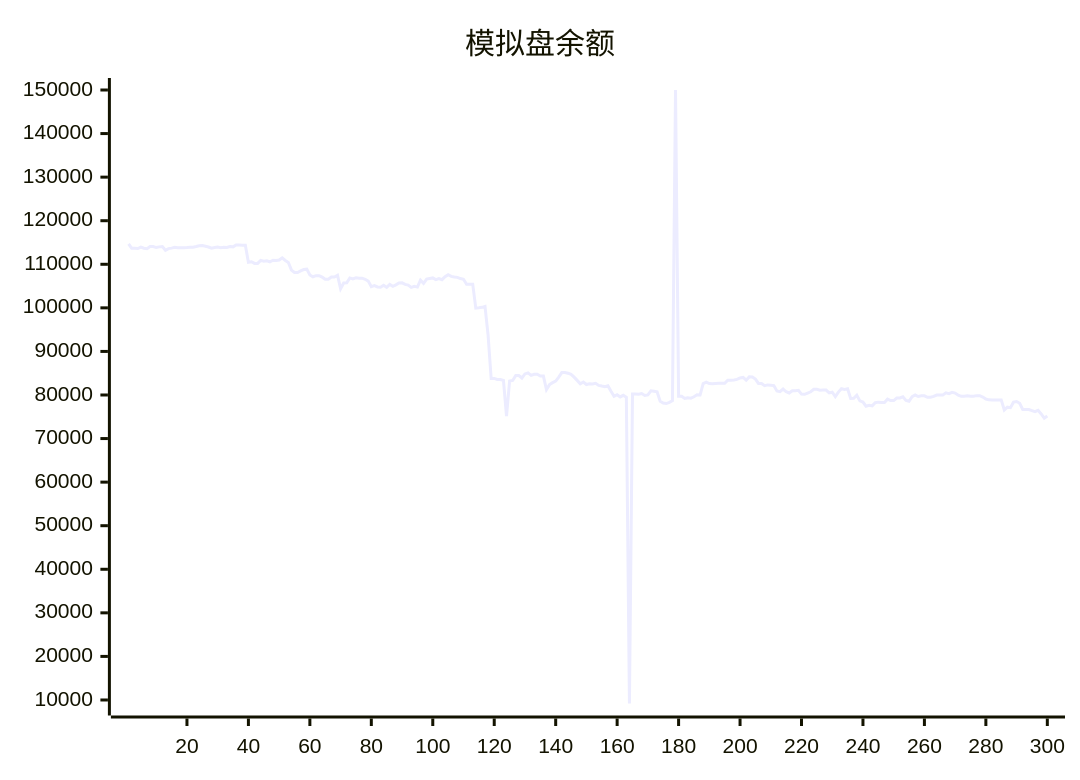
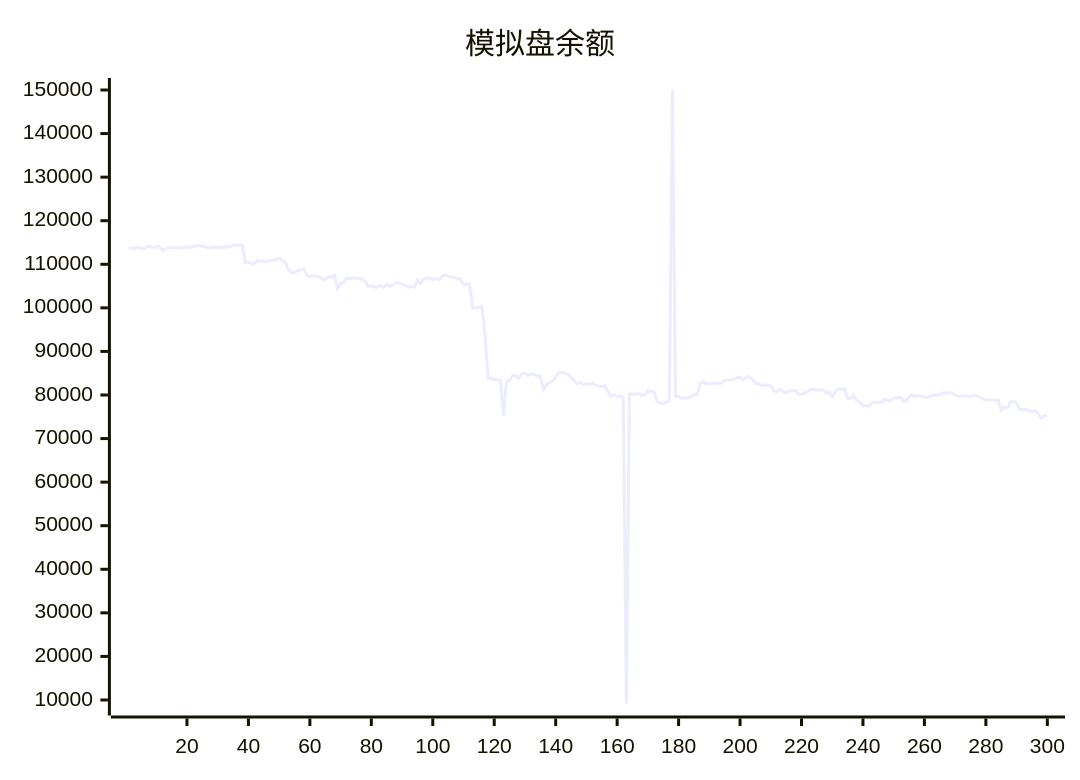
Before and after one commit to aahl/ai-trading: the diagram in README.md, drawn with Mermaid. The commit also changed other lines of this file and 1 other file, not shown here.

````diff
--- a/README.md
+++ b/README.md
@@ -5,5 +5,5 @@
 ```mermaid
 xychart
     title "模拟盘余额"
-    line [114686,113688,113688,113610,113930,113672,113585,114083,114074,113840,113996,114051,113208,113593,113701,113901,113794,113784,113810,113848,113927,113929,114064,114232,114293,114144,113960,113698,113853,113942,113812,113908,113877,114091,113998,114427,114422,114384,114384,110477,110576,110198,110198,110890,110712,110812,110569,110929,110847,110968,111478,110870,110433,108661,108116,108115,108485,108797,108877,107536,107134,107393,107393,107046,106565,106565,107081,107081,107478,104404,105715,105749,106866,106651,106889,106771,106816,106565,106141,104876,105103,104796,104734,105169,104690,105380,104941,105272,105709,105739,105374,105227,104691,104924,104762,106364,105628,106608,106748,106872,106485,106721,106468,107132,107620,107224,107080,107001,106717,106567,105431,105431,105440,99950,100017,100113,100337,93749,83795,83807,83567,83567,83342,75168,83222,83336,84448,84449,83896,84839,85065,84499,84757,84757,84364,84347,81254,82385,82835,83184,84099,85150,85150,85002,84751,84096,83356,82582,82983,82404,82572,82512,82688,82200,82047,81920,82125,80840,79688,80060,79552,79920,79470,9193,80236,80208,80170,80336,79894,80006,80954,80837,80712,78561,78139,78037,78293,78682,150000,79720,79720,79214,79372,79279,79591,80046,79993,82625,82950,82626,82571,82633,82670,82670,82681,83386,83378,83464,83579,83920,84037,83402,84160,84142,83652,82655,82655,82145,82315,82243,82163,80934,80770,81371,80742,80468,80989,80989,81067,80191,80155,80450,80737,81309,81309,81106,81119,81119,80471,80631,79624,80670,81448,81290,81429,79212,79222,79940,78643,78380,77432,77623,77504,78235,78358,78284,78277,79048,78714,78714,79290,79308,79567,78763,78563,79603,79988,79652,79813,79813,79476,79469,79673,79995,80015,80015,80486,80314,80600,80436,79966,79689,79689,79819,79692,79692,79850,79850,79518,79071,78889,78850,78850,78878,78878,76554,77202,77103,78357,78510,78106,76678,76677,76672,76411,76159,76485,75656,74695,75197]
+    line [113688,113688,113610,113930,113672,113585,114083,114074,113840,113996,114051,113208,113593,113701,113901,113794,113784,113810,113848,113927,113929,114064,114232,114293,114144,113960,113698,113853,113942,113812,113908,113877,114091,113998,114427,114422,114384,114384,110477,110576,110198,110198,110890,110712,110812,110569,110929,110847,110968,111478,110870,110433,108661,108116,108115,108485,108797,108877,107536,107134,107393,107393,107046,106565,106565,107081,107081,107478,104404,105715,105749,106866,106651,106889,106771,106816,106565,106141,104876,105103,104796,104734,105169,104690,105380,104941,105272,105709,105739,105374,105227,104691,104924,104762,106364,105628,106608,106748,106872,106485,106721,106468,107132,107620,107224,107080,107001,106717,106567,105431,105431,105440,99950,100017,100113,100337,93749,83795,83807,83567,83567,83342,75168,83222,83336,84448,84449,83896,84839,85065,84499,84757,84757,84364,84347,81254,82385,82835,83184,84099,85150,85150,85002,84751,84096,83356,82582,82983,82404,82572,82512,82688,82200,82047,81920,82125,80840,79688,80060,79552,79920,79470,9193,80236,80208,80170,80336,79894,80006,80954,80837,80712,78561,78139,78037,78293,78682,150000,79720,79720,79214,79372,79279,79591,80046,79993,82625,82950,82626,82571,82633,82670,82670,82681,83386,83378,83464,83579,83920,84037,83402,84160,84142,83652,82655,82655,82145,82315,82243,82163,80934,80770,81371,80742,80468,80989,80989,81067,80191,80155,80450,80737,81309,81309,81106,81119,81119,80471,80631,79624,80670,81448,81290,81429,79212,79222,79940,78643,78380,77432,77623,77504,78235,78358,78284,78277,79048,78714,78714,79290,79308,79567,78763,78563,79603,79988,79652,79813,79813,79476,79469,79673,79995,80015,80015,80486,80314,80600,80436,79966,79689,79689,79819,79692,79692,79850,79850,79518,79071,78889,78850,78850,78878,78878,76554,77202,77103,78357,78510,78106,76678,76677,76672,76411,76159,76485,75656,74695,75197,75246]
 ```
````
